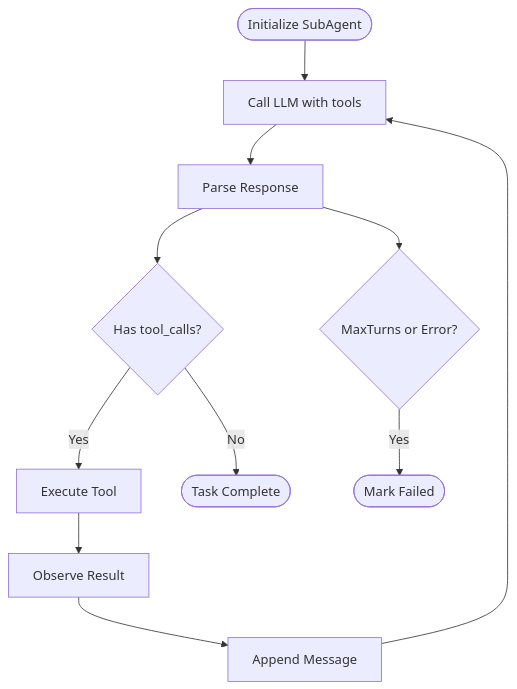
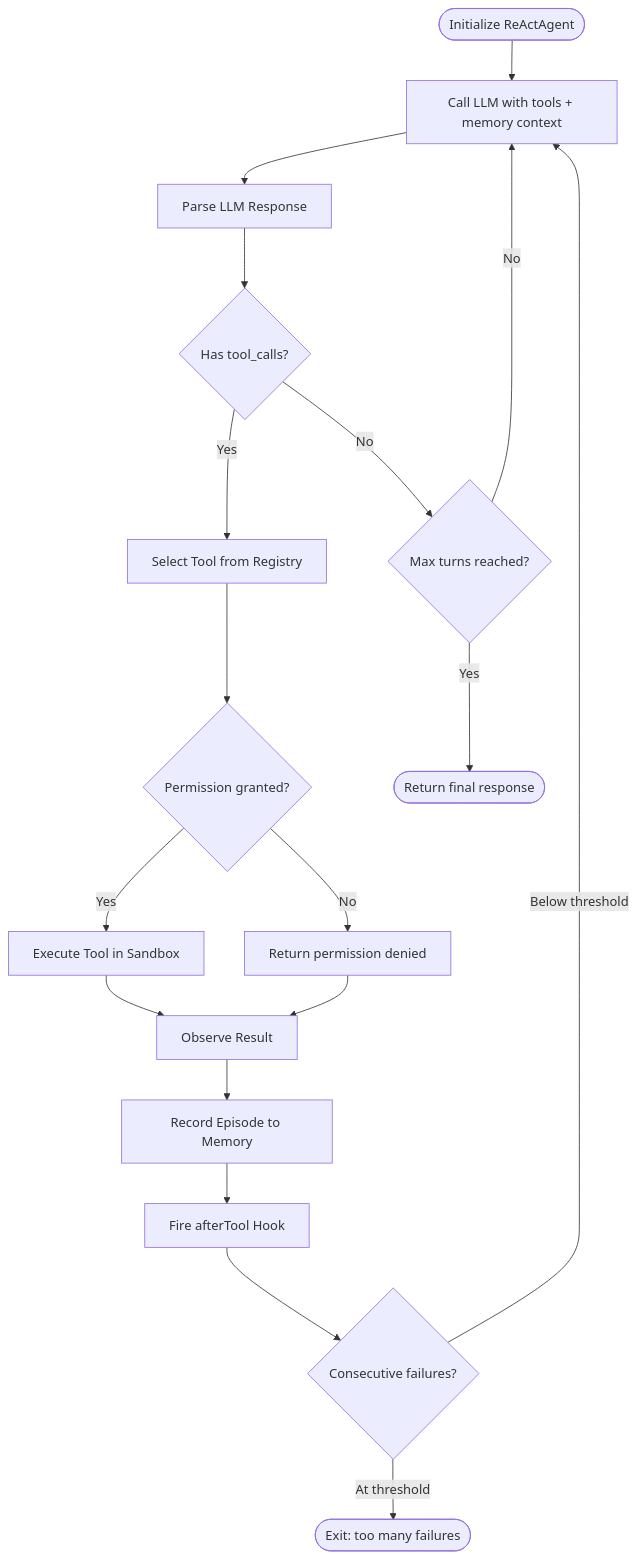
The second of 6 diagrams in docs/architecture-mermaid.md (1405451216/AgentPrimordia), drawn with Mermaid before and after one commit. The commit also changed other lines of this file and 66 other files, not shown here.

````diff
--- a/docs/architecture-mermaid.md
+++ b/docs/architecture-mermaid.md
@@ -54,17 +85,23 @@
 ```mermaid
 flowchart TD
-    Start([Initialize SubAgent]) --> LLMCall[Call LLM with tools]
-    LLMCall --> ParseResp[Parse Response]
+    Start([Initialize ReActAgent]) --> Think[Call LLM with tools + memory context]
+    Think --> Parse[Parse LLM Response]
 
-    ParseResp --> CheckTool{Has tool_calls?}
+    Parse --> CheckTool{Has tool_calls?}
 
-    CheckTool -- Yes --> ExecTool[Execute Tool]
-    ExecTool --> ObserveResult[Observe Result]
-    ObserveResult --> AppendMsg[Append Message]
-    AppendMsg --> LLMCall
+    CheckTool -- Yes --> SelectTool[Select Tool from Registry]
+    SelectTool --> CheckPerm{Permission granted?}
+    CheckPerm -- Yes --> ExecTool[Execute Tool in Sandbox]
+    CheckPerm -- No --> Deny[Return permission denied]
+    ExecTool --> Observe[Observe Result]
+    Deny --> Observe
+    Observe --> Record[Record Episode to Memory]
+    Record --> Hook[Fire afterTool Hook]
+    Hook --> CheckFail{Consecutive failures?}
+    CheckFail -- Below threshold --> Think
+    CheckFail -- At threshold --> ExitFail([Exit: too many failures])
 
-    CheckTool -- No --> TaskComplete([Task Complete])
-
-    ParseResp --> CheckError{MaxTurns or Error?}
-    CheckError -- Yes --> MarkFailed([Mark Failed])
+    CheckTool -- No --> CheckDone{Max turns reached?}
+    CheckDone -- No --> Think
+    CheckDone -- Yes --> Complete([Return final response])
 ```
````
